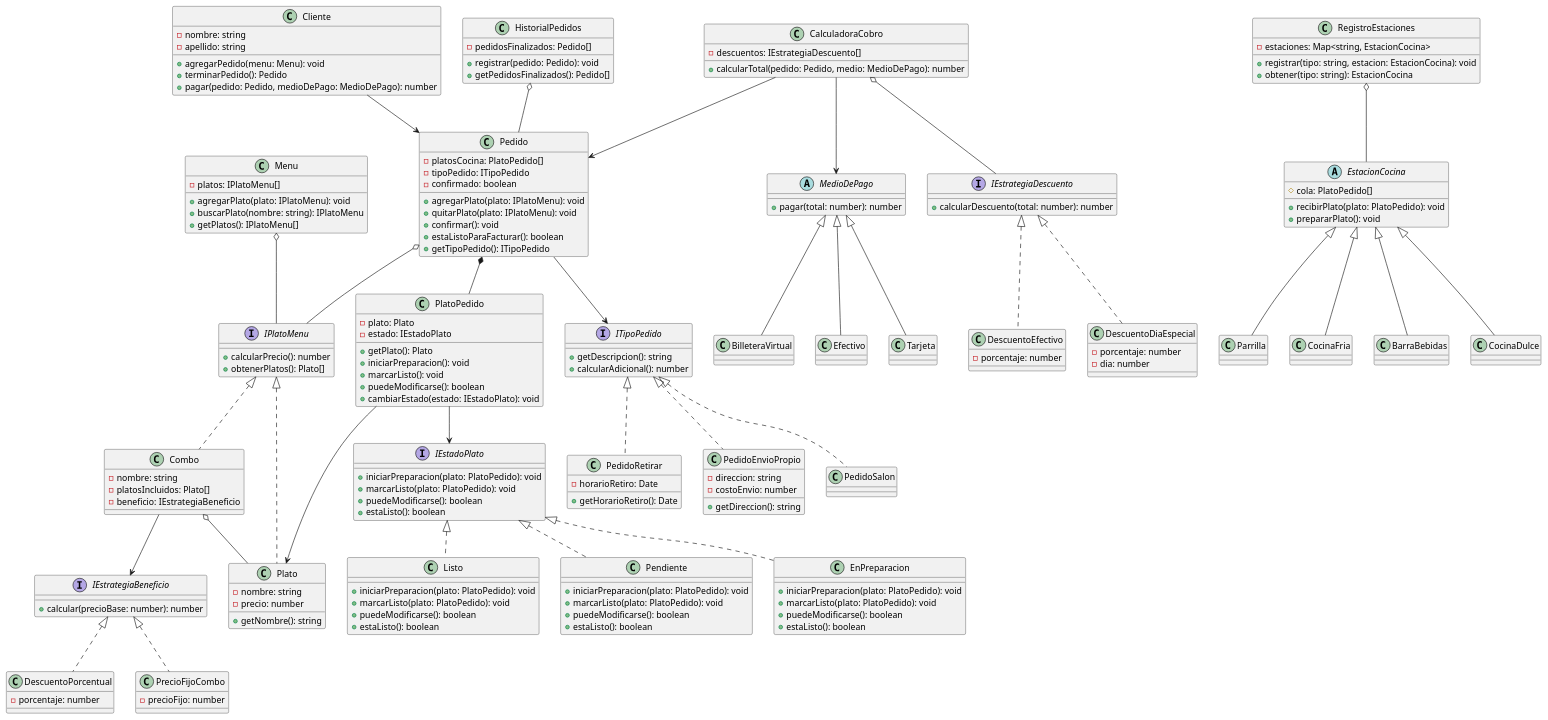
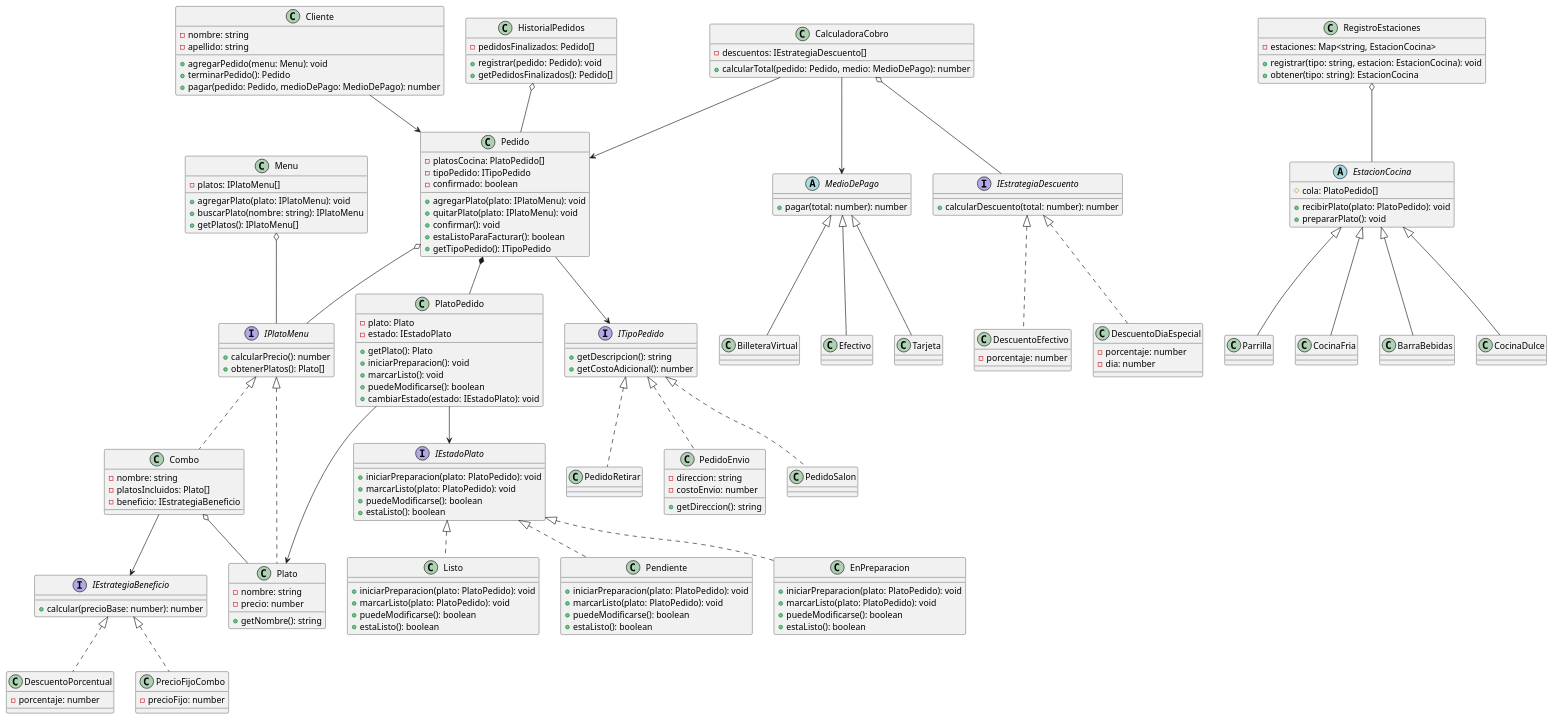
The diagram in diagrama/clase.puml (CoronelAlan/tp_progra2_grupo4), drawn with PlantUML before and after one commit. The commit also changed 5 other files, not shown here.

Commit message:
Actualizacion de metodos, y creacion de clase platoPedido como tambien la interface ItipoPedido

```diff
--- a/diagrama/clase.puml
+++ b/diagrama/clase.puml
@@ -81,19 +81,17 @@
 
 interface ITipoPedido {
     + getDescripcion(): string
-    + calcularAdicional(): number
+    + getCostoAdicional(): number
 }
 
 class PedidoSalon {
 }
 
 class PedidoRetirar {
-    - horarioRetiro: Date
-
-    + getHorarioRetiro(): Date
+    
 }
 
-class PedidoEnvioPropio {
+class PedidoEnvio {
     - direccion: string
     - costoEnvio: number
 
@@ -102,7 +100,7 @@
 
 ITipoPedido <|.. PedidoSalon
 ITipoPedido <|.. PedidoRetirar
-ITipoPedido <|.. PedidoEnvioPropio
+ITipoPedido <|.. PedidoEnvio
 
 class PlatoPedido {
     - plato: Plato
```
